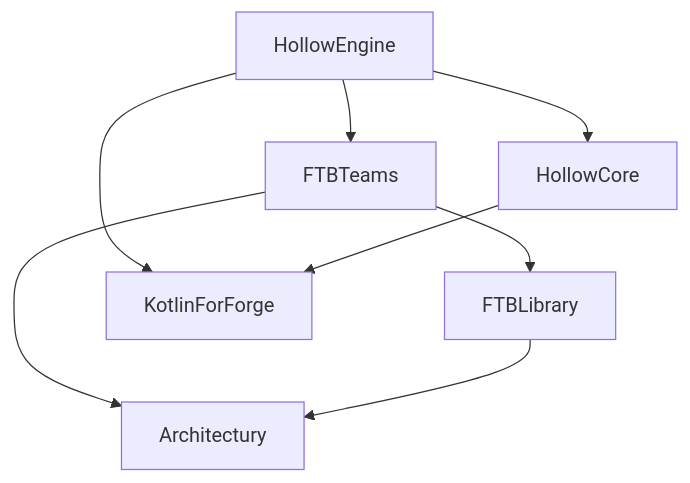
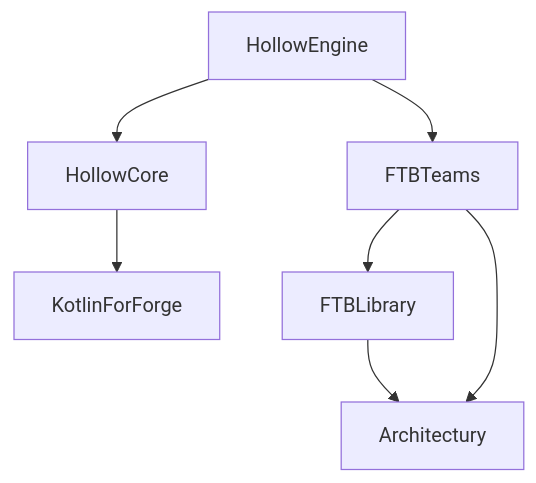
Before and after one commit to 0mods/docsweb: the diagram in docs/hollowengine-new/Begin/requeres.mdx, drawn with Mermaid. The commit also changed other lines of this file, not shown here.

````diff
--- a/docs/hollowengine-new/Begin/requeres.mdx
+++ b/docs/hollowengine-new/Begin/requeres.mdx
@@ -8,10 +10,9 @@
 ```mermaid 
 graph TD;
    HollowEngine-->HollowCore;
    HollowEngine-->FTBTeams;
    FTBTeams-->FTBLibrary;
    FTBTeams-->Architectury;
    FTBLibrary-->Architectury;
-   HollowEngine-->KotlinForForge;
    HollowCore-->KotlinForForge;
 ```
````
